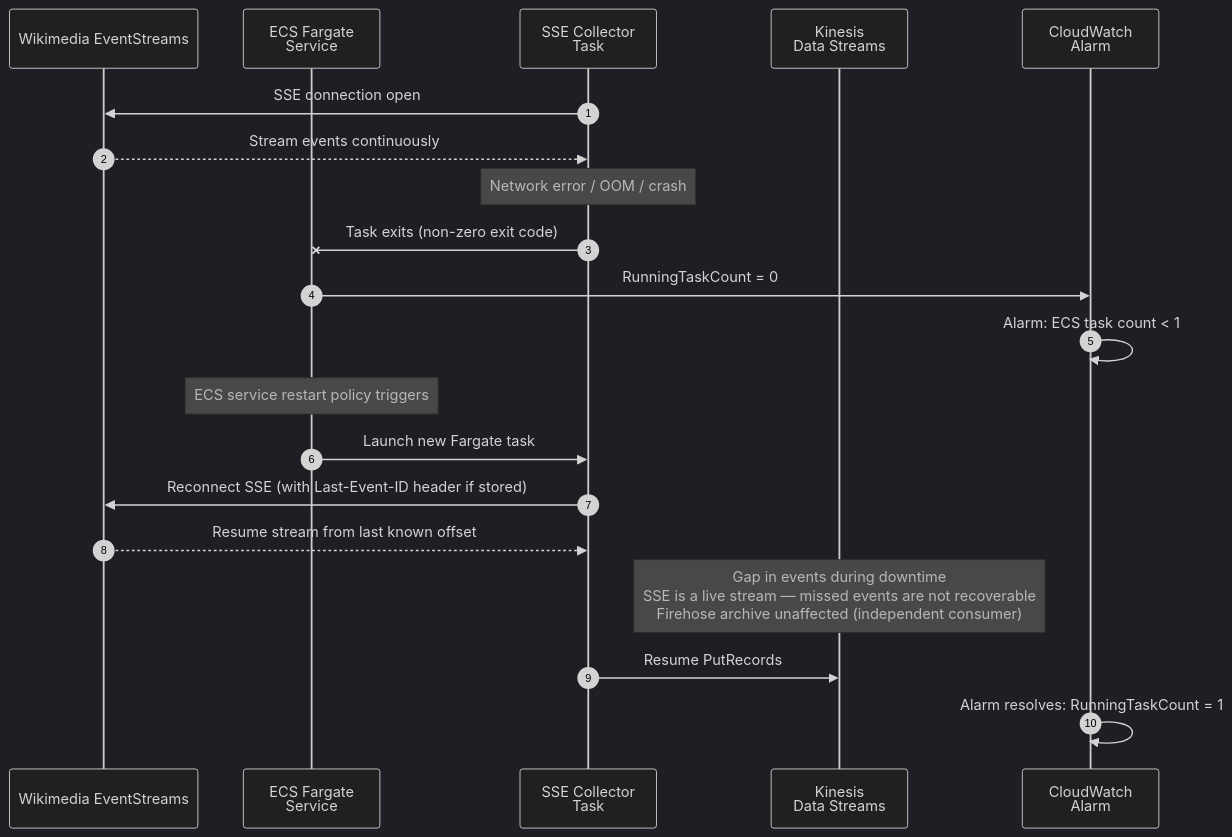
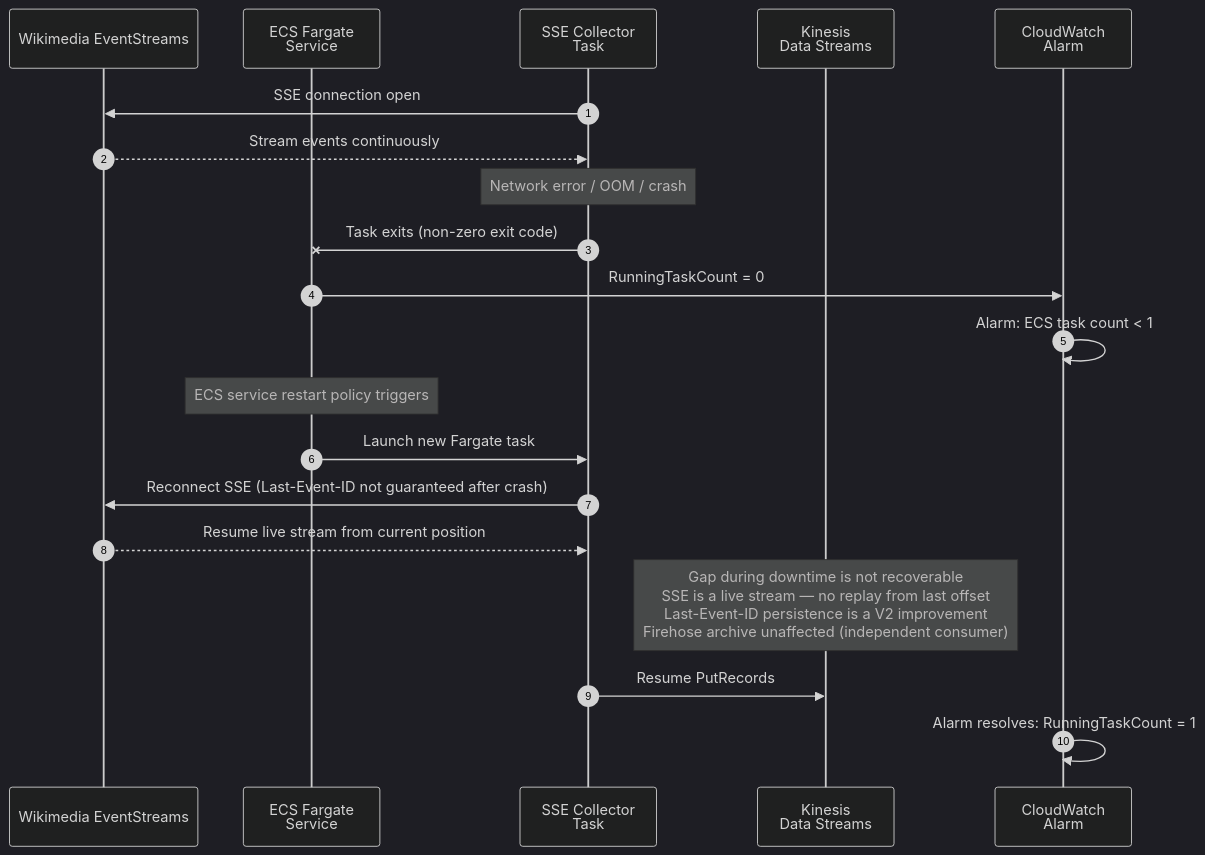
The seventh of 10 diagrams in documentation/archi.md (TalelKarim/realtime-media-analytics-platform), drawn with Mermaid (dark theme) before and after one commit. The commit also changed other lines of this file and 1 other file, not shown here.

Commit message:
Update archi.md diagram

````diff
--- a/documentation/archi.md
+++ b/documentation/archi.md
@@ -276,29 +273,29 @@
 ```mermaid
 sequenceDiagram
   autonumber
   participant Wiki as Wikimedia EventStreams
   participant ECS as ECS Fargate<br/>Service
   participant Col as SSE Collector<br/>Task
   participant KDS as Kinesis<br/>Data Streams
   participant CW as CloudWatch<br/>Alarm
 
   Col->>Wiki: SSE connection open
   Wiki-->>Col: Stream events continuously
 
   Note over Col: Network error / OOM / crash
 
   Col-xECS: Task exits (non-zero exit code)
   ECS->>CW: RunningTaskCount = 0
   CW->>CW: Alarm: ECS task count < 1
 
   Note over ECS: ECS service restart policy triggers
 
   ECS->>Col: Launch new Fargate task
-  Col->>Wiki: Reconnect SSE (with Last-Event-ID header if stored)
-  Wiki-->>Col: Resume stream from last known offset
+  Col->>Wiki: Reconnect SSE (Last-Event-ID not guaranteed after crash)
+  Wiki-->>Col: Resume live stream from current position
 
-  Note over KDS: Gap in events during downtime<br/>SSE is a live stream — missed events are not recoverable<br/>Firehose archive unaffected (independent consumer)
+  Note over KDS: Gap during downtime is not recoverable<br/>SSE is a live stream — no replay from last offset<br/>Last-Event-ID persistence is a V2 improvement<br/>Firehose archive unaffected (independent consumer)
 
   Col->>KDS: Resume PutRecords
   CW->>CW: Alarm resolves: RunningTaskCount = 1
 ```
````
